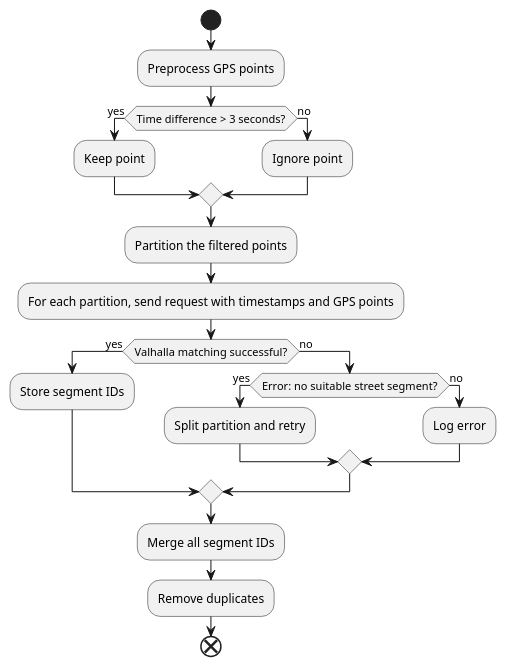
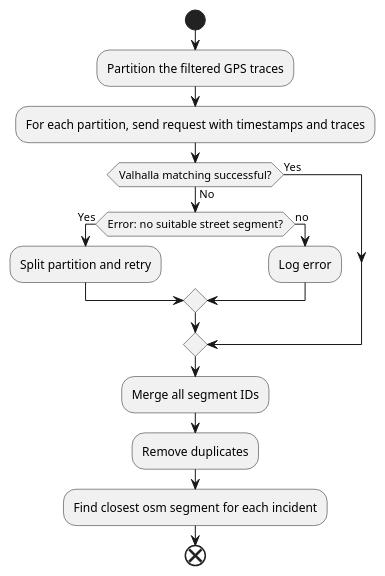
Before and after one commit to KonsumGandalf/simra: the diagram in documentation/uml/OsmAssign.puml, drawn with PlantUML. The commit also changed 14 other files, not shown here.

```diff
--- a/documentation/uml/OsmAssign.puml
+++ b/documentation/uml/OsmAssign.puml
@@ -1,28 +1,21 @@
 @startuml
 start
 
-:Preprocess GPS points;
-if (Time difference > 3 seconds?) then (yes)
-    :Keep point;
-else (no)
-    :Ignore point;
-endif
+:Partition the filtered GPS traces;
 
-:Partition the filtered points;
-
-:For each partition, send request with timestamps and GPS points;
-if (Valhalla matching successful?) then (yes)
-    :Store segment IDs;
-else (no)
-    if (Error: no suitable street segment?) then (yes)
+:For each partition, send request with timestamps and traces;
+if (Valhalla matching successful?) then (Yes)
+else (No)
+    if (Error: no suitable street segment?) then (Yes)
         :Split partition and retry;
     else (no)
         :Log error;
     endif
 endif
 
 :Merge all segment IDs;
 :Remove duplicates;
 
+:Find closest osm segment for each incident;
 end
 @enduml
```
